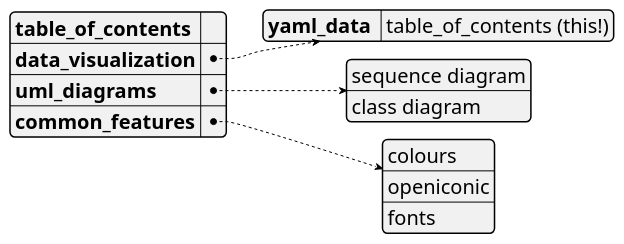
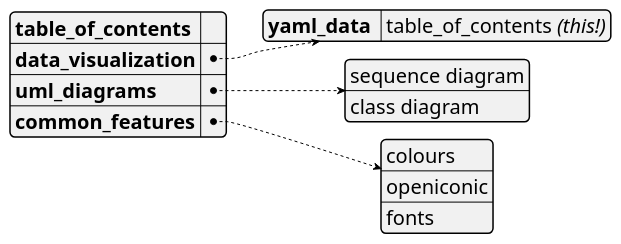
Before and after one commit to dragondive/plantuml_demo: the first of 12 diagrams in plantuml_demo.md, drawn with PlantUML. The commit also changed other lines of this file, not shown here.

Commit message:
yaml fix

````diff
--- a/plantuml_demo.md
+++ b/plantuml_demo.md
@@ -19,24 +24,33 @@
 ```plantuml
 @startyaml
-
 <style>
 yamlDiagram {
-  node {
-	FontName Consolas
-	FontSize 20
-  }
+    node {
+        ' use a constant width font because that's what developers do.
+        FontName Consolas
+        FontSize 20
+    }
 }
 </style>
 
-**table_of_contents**:  " " /' workaround: space here to avoid dummy link '/
+/'TODO:
+It would be cool to hyperlink the entries in the table_of_contents to the
+respective section in the document. Not only would it further accentuate the
+[Medium Awareness](https://tvtropes.org/pmwiki/pmwiki.php/Main/MediumAwareness)
+of this yaml document, but also augment the
+[Anachronic Order](https://tvtropes.org/pmwiki/pmwiki.php/Main/AnachronicOrder)
+of the outer markdown document.
+'/
+
+**table_of_contents**: ""  /' workaround: empty string here to avoid dummy link '/
 data_visualization:
-  yaml_data : table_of_contents (this!)
+    yaml_data : table_of_contents //(this!)//
 uml_diagrams:
   - sequence diagram
   - class diagram
 common_features:
   - colours
   - openiconic
   - fonts
 @endyaml
 ```
````
